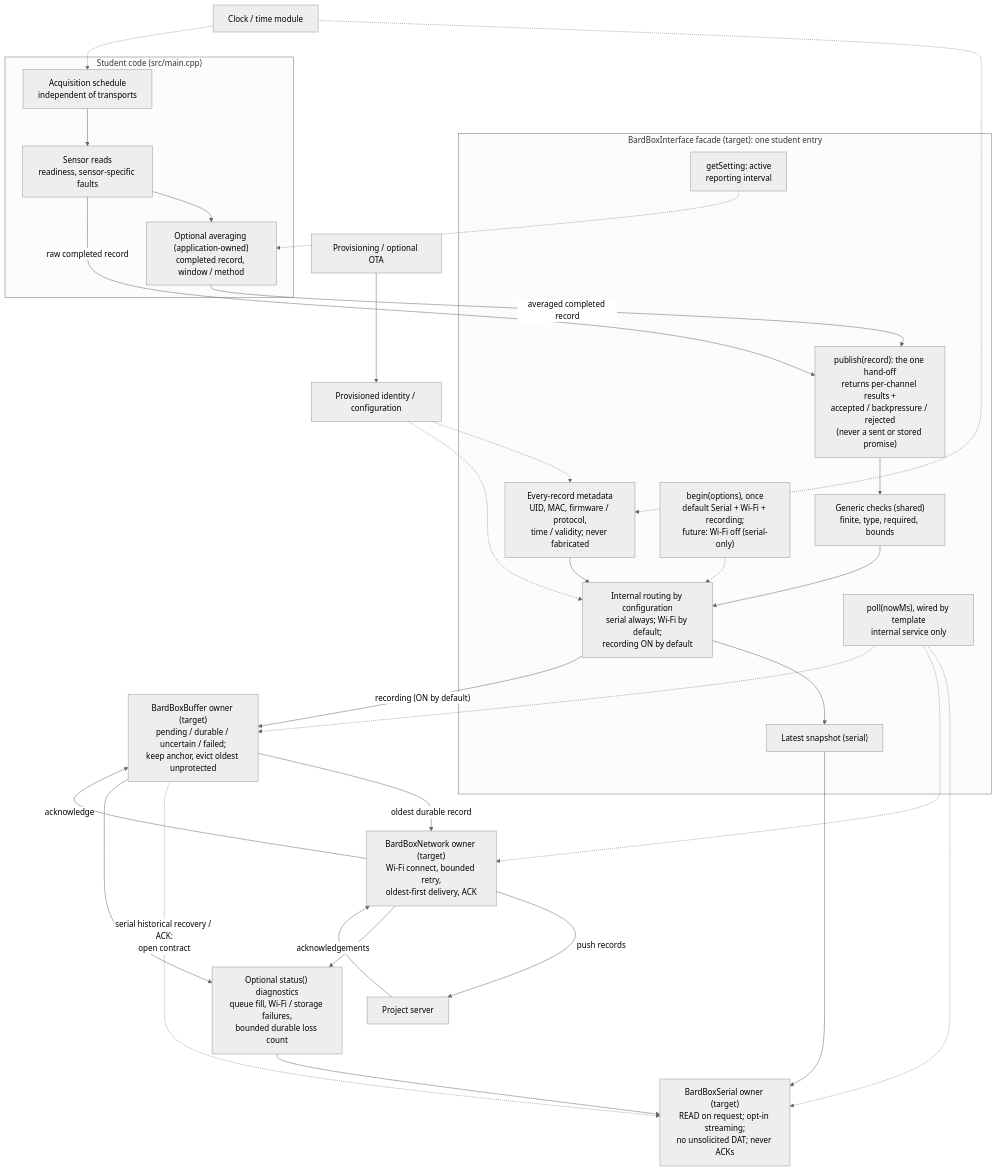
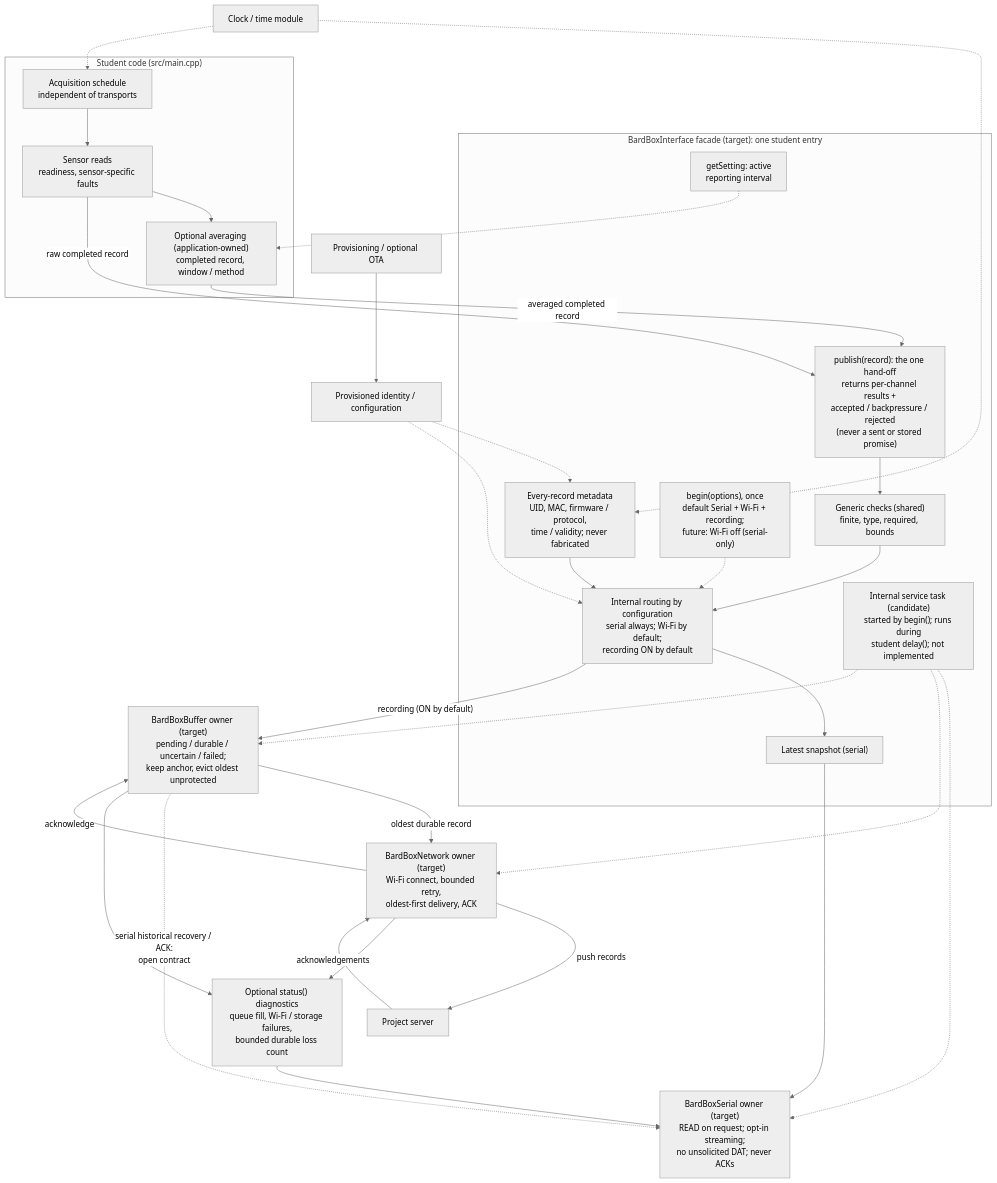
Before and after one commit to bardphysicslab/bardbox: the first of 3 diagrams in docs/architecture-map.md, drawn with Mermaid (neutral theme). The commit also changed 2 other files, not shown here.

Commit message:
Remove student service call; propose internal service task (FW-SERVICE-1)
begin() starts internal BardBox service that continues during student
delay(); there is no student poll, millis() feeding, transport or storage
maintenance, ticket or manual retry. The example now reads, publishes and
delays. A proposed design note for the 8 MiB no-PSRAM ESP32-S3 covers one
owned service task, startup/failure, internal clock, bounded fixed-slot
admission copies with backpressure, single ownership of Serial, network
and storage, per-iteration bounded progress, and the gates a task alone
cannot solve (HTTP timeouts and sizes, measured flash worst case,
non-blocking Wi-Fi). Defines the first independent begin/read/publish/
delay acceptance test with Wi-Fi disconnect before any CESH or OTA
refactor. Diagram and BB-005 updated; sensor scopes, MeasurementType
constants, FLOAT default and integer safety unchanged. Docs only.

````diff
--- a/docs/architecture-map.md
+++ b/docs/architecture-map.md
@@ -49,50 +49,50 @@
 ```mermaid
 flowchart TB
     subgraph App["Student code (src/main.cpp)"]
         Acquisition["Acquisition schedule<br/>independent of transports"]
         Sensors["Sensor reads<br/>readiness, sensor-specific faults"]
         Averaging["Optional averaging (application-owned)<br/>completed record, window / method"]
         Acquisition --> Sensors
         Sensors --> Averaging
     end
     subgraph Facade["BardBoxInterface facade (target): one student entry"]
         Publish["publish(record): the one hand-off<br/>returns per-channel results +<br/>accepted / backpressure / rejected<br/>(never a sent or stored promise)"]
         Checks["Generic checks (shared)<br/>finite, type, required, bounds"]
         Metadata["Every-record metadata<br/>UID, MAC, firmware / protocol,<br/>time / validity; never fabricated"]
         Route["Internal routing by configuration<br/>serial always; Wi-Fi by default;<br/>recording ON by default"]
         Latest["Latest snapshot (serial)"]
         Settings["getSetting: active<br/>reporting interval"]
-        Service["poll(nowMs), wired by template<br/>internal service only"]
+        Service["Internal service task (candidate)<br/>started by begin(); runs during<br/>student delay(); not implemented"]
         Begin["begin(options), once<br/>default Serial + Wi-Fi + recording;<br/>future: Wi-Fi off (serial-only)"]
         Begin -.-> Route
         Publish --> Checks --> Route
         Metadata --> Route
         Route --> Latest
     end
     Sensors -->|"raw completed record"| Publish
     Averaging -->|"averaged completed record"| Publish
     Settings -.-> Averaging
     Serial["BardBoxSerial owner (target)<br/>READ on request; opt-in streaming;<br/>no unsolicited DAT; never ACKs"]
     Buffer["BardBoxBuffer owner (target)<br/>pending / durable / uncertain / failed;<br/>keep anchor, evict oldest unprotected"]
     Network["BardBoxNetwork owner (target)<br/>Wi-Fi connect, bounded retry,<br/>oldest-first delivery, ACK"]
     Server["Project server"]
     Latest --> Serial
     Route -->|"recording (ON by default)"| Buffer
     Buffer -->|"oldest durable record"| Network
     Network -->|"push records"| Server
     Server -->|"acknowledgements"| Network
     Network -->|"acknowledge"| Buffer
     Buffer -.->|"serial historical recovery / ACK:<br/>open contract"| Serial
     Service -.-> Serial
     Service -.-> Network
     Service -.-> Buffer
     Identity["Provisioned identity / configuration"] -.-> Metadata
     Identity -.-> Route
     Time["Clock / time module"] -.-> Metadata
     Time -.-> Acquisition
     Diagnostics["Optional status() diagnostics<br/>queue fill, Wi-Fi / storage failures,<br/>bounded durable loss count"]
     Buffer --> Diagnostics
     Network --> Diagnostics
     Diagnostics --> Serial
     Maintenance["Provisioning / optional OTA"] --> Identity
 ```
````
